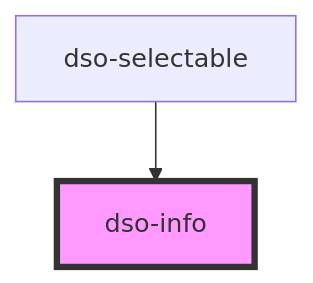
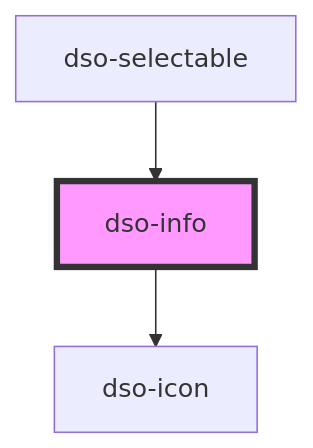
Before and after one commit to dso-toolkit/dso-toolkit: the diagram in packages/core/src/components/info/readme.md, drawn with Mermaid. The commit also changed other lines of this file and 42 other files, not shown here.

````diff
--- a/packages/core/src/components/info/readme.md
+++ b/packages/core/src/components/info/readme.md
@@ -30,5 +34,6 @@
 ```mermaid
 graph TD;
+  dso-info --> dso-icon
   dso-selectable --> dso-info
   style dso-info fill:#f9f,stroke:#333,stroke-width:4px
 ```
````
